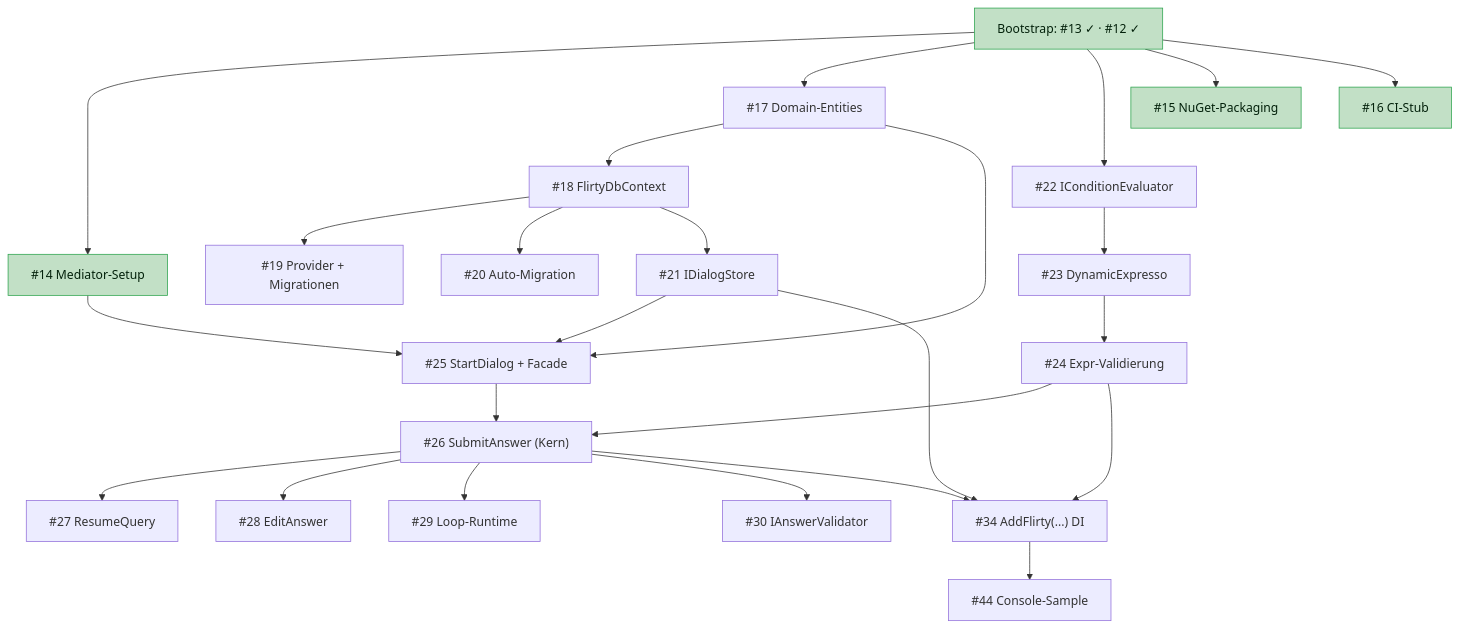
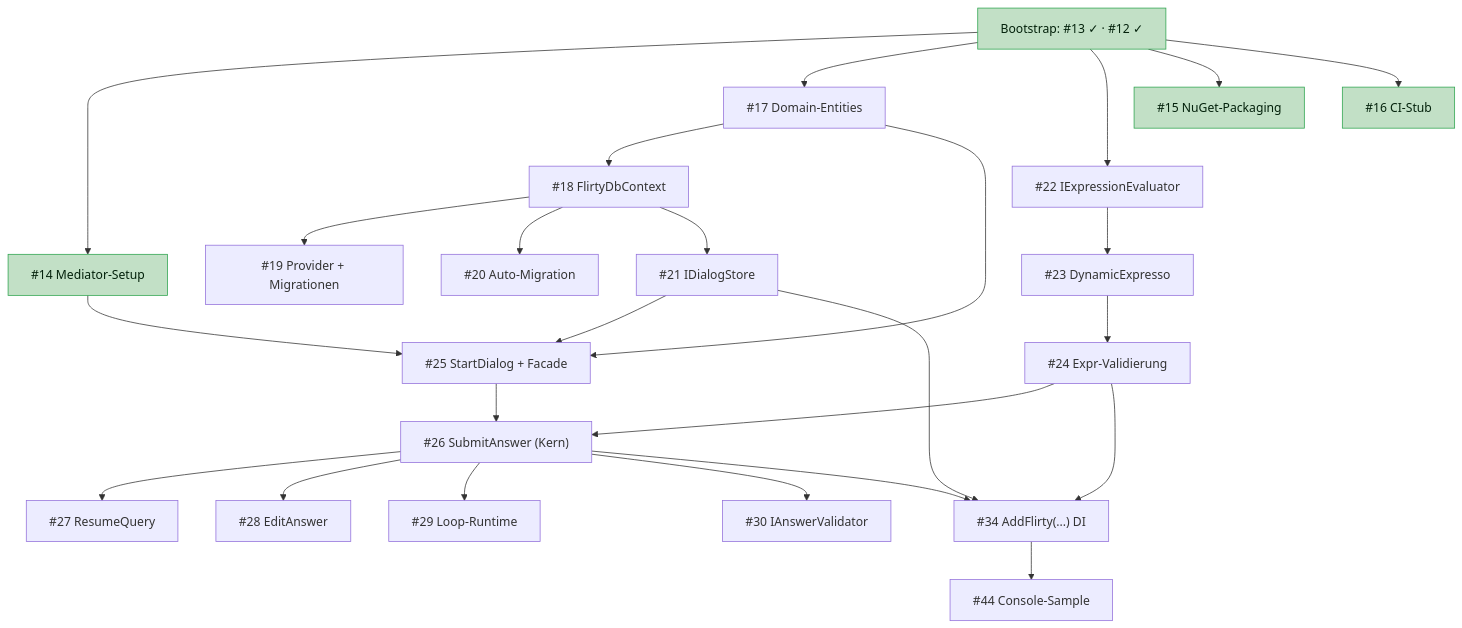
One commit to dominikz98/flirty changed the diagram in docs/ROADMAP.md. Above: the diagram before and after it, drawn with Mermaid. The commit also changed other lines of this file and 27 other files, not shown here.

````diff
--- a/docs/ROADMAP.md
+++ b/docs/ROADMAP.md
@@ -34,39 +34,39 @@
 ```mermaid
 flowchart TD
     F["Bootstrap: #13 ✓ · #12 ✓"]:::done
 
     F --> E14["#14 Mediator-Setup"]:::done
     F --> E17["#17 Domain-Entities"]
-    F --> E22["#22 IConditionEvaluator"]
+    F --> E22["#22 IExpressionEvaluator"]
     F --> E15["#15 NuGet-Packaging"]:::done
     F --> E16["#16 CI-Stub"]:::done
 
     %% Strang A – Persistenz (EPIC 1)
     E17 --> E18["#18 FlirtyDbContext"]
     E18 --> E19["#19 Provider + Migrationen"]
     E18 --> E20["#20 Auto-Migration"]
     E18 --> E21["#21 IDialogStore"]
 
     %% Strang B – Expression-Engine (EPIC 2)
     E22 --> E23["#23 DynamicExpresso"]
     E23 --> E24["#24 Expr-Validierung"]
 
     %% Strang C – Runtime (EPIC 3) = Konvergenzpunkt
     E14 --> E25["#25 StartDialog + Facade"]
     E17 --> E25
     E21 --> E25
     E25 --> E26["#26 SubmitAnswer (Kern)"]
     E24 --> E26
     E26 --> E27["#27 ResumeQuery"]
     E26 --> E28["#28 EditAnswer"]
     E26 --> E29["#29 Loop-Runtime"]
     E26 --> E30["#30 IAnswerValidator"]
 
     %% Integration / M1-Abnahme
     E26 --> E34["#34 AddFlirty(...) DI"]
     E21 --> E34
     E24 --> E34
     E34 --> E44["#44 Console-Sample"]
 
     classDef done fill:#c2e0c6,stroke:#2da44e,color:#03210b;
 ```
````
